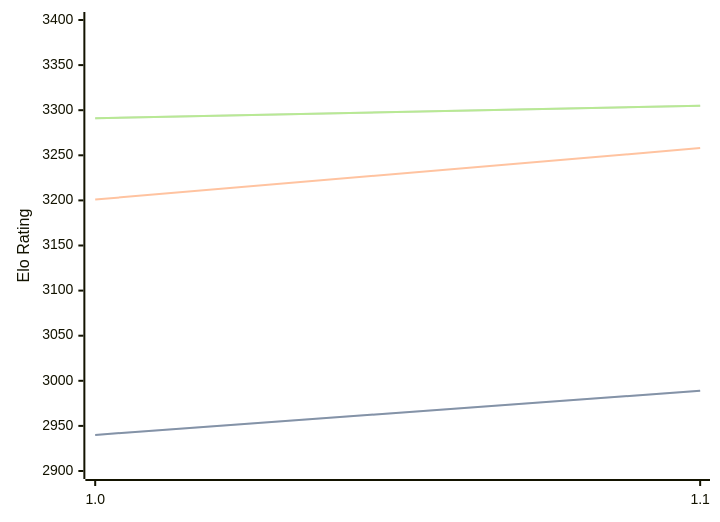
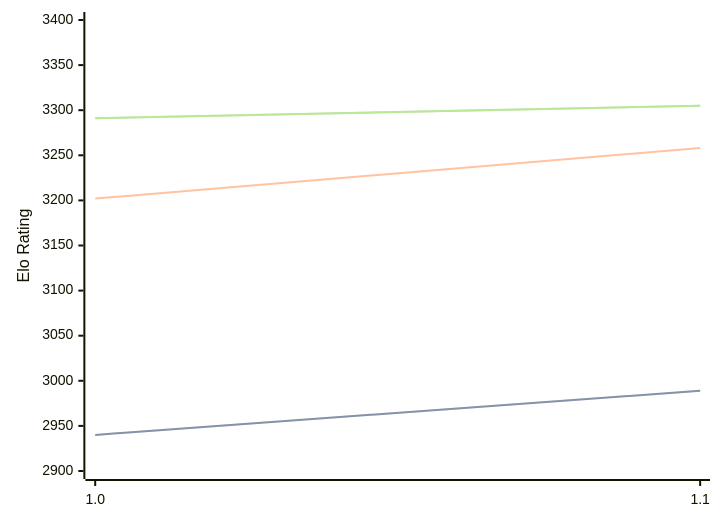
The diagram in engines/RodentV.md (computer-chess-index/cci), drawn with Mermaid before and after one commit. The commit also changed other lines of this file, not shown here.

````diff
--- a/engines/RodentV.md
+++ b/engines/RodentV.md
@@ -33,11 +33,11 @@
 ```mermaid
 %%{init: {"theme":"base","themeVariables":{"seriesColors:['#a3a3a3','#222221','#faa371']}}}%%
 xychart-beta
   x-axis ["1.0", "1.1"]
   y-axis "Elo Rating" 2900 --> 3400
   line "" [2940, 2989]
   line "STC (8.0+0.08s)" [2940, 2989]
-  line "LTC (60.0+0.60s)" [3201, 3258]
+  line "LTC (60.0+0.60s)" [3202, 3258]
   line "" [3291, 3305]
   line "VLTC (2m24s+1.12s)" [3291, 3305]
 ```
````
